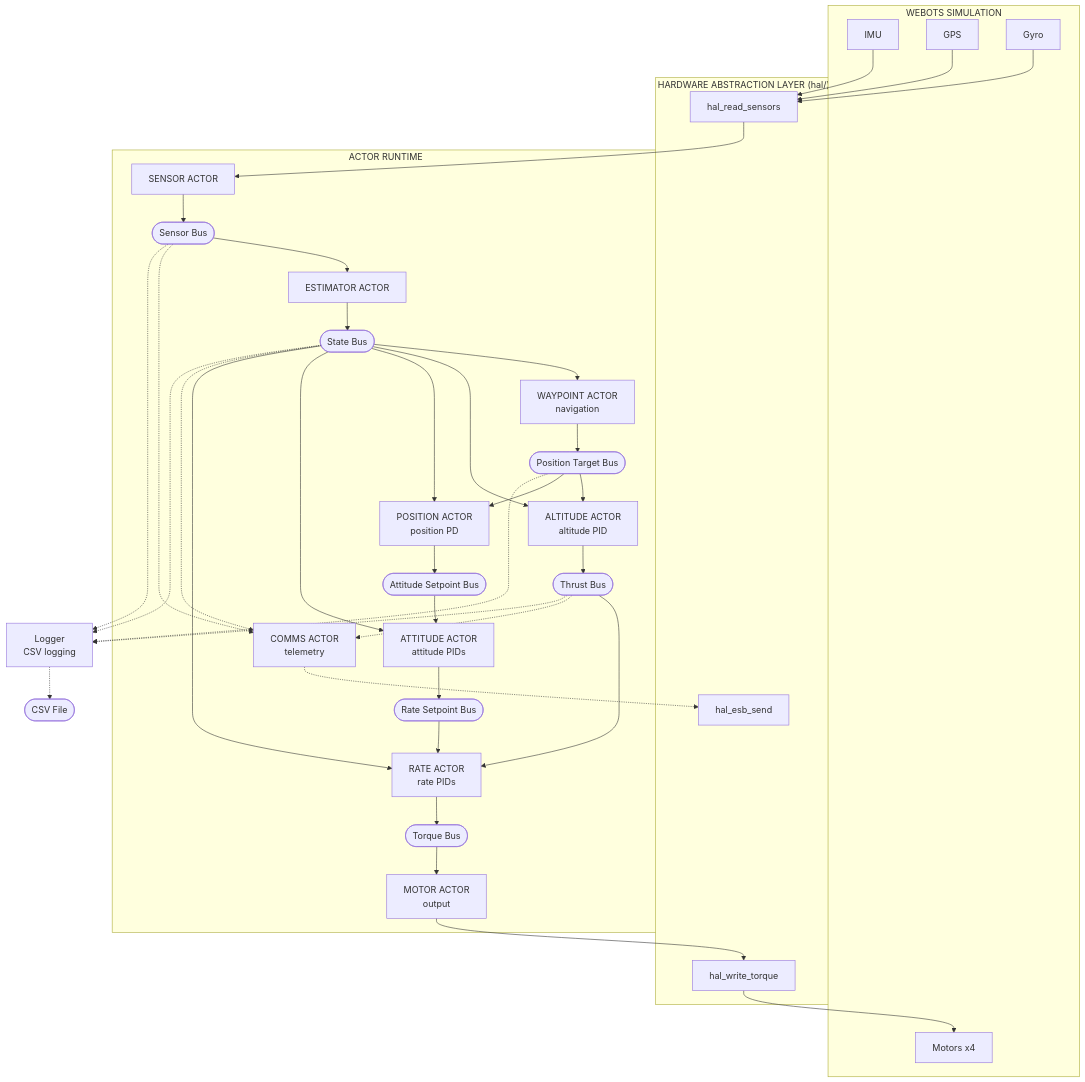
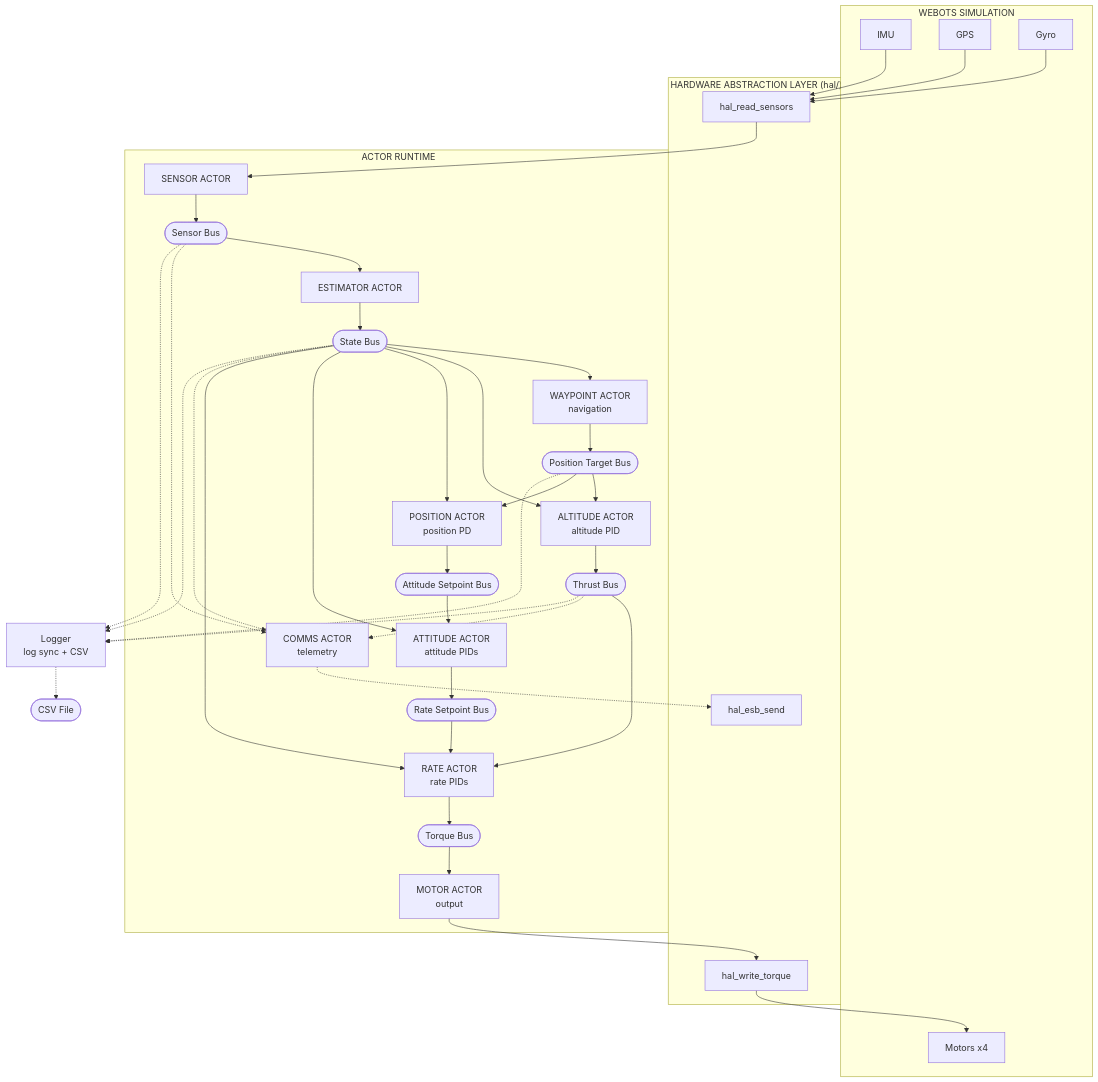
Before and after one commit to joagre/hive: the diagram in examples/pilot/docs/spec/design.md, drawn with Mermaid. The commit also changed other lines of this file and 4 other files, not shown here.

````diff
--- a/examples/pilot/docs/spec/design.md
+++ b/examples/pilot/docs/spec/design.md
@@ -235,63 +235,63 @@
 ```mermaid
 graph TB
     subgraph WEBOTS["WEBOTS SIMULATION"]
         IMU[IMU]
         GPS[GPS]
         Gyro[Gyro]
         Motors[Motors x4]
     end
 
     subgraph HAL["HARDWARE ABSTRACTION LAYER (hal/)"]
         ReadSensors[hal_read_sensors]
         WriteTorque[hal_write_torque]
         RadioTx[hal_esb_send]
     end
 
     subgraph RUNTIME["ACTOR RUNTIME"]
         Sensor[SENSOR ACTOR]
         SensorBus([Sensor Bus])
         Estimator[ESTIMATOR ACTOR]
         StateBus([State Bus])
 
         Altitude[ALTITUDE ACTOR<br/>altitude PID]
         Waypoint[WAYPOINT ACTOR<br/>navigation]
         PositionTargetBus([Position Target Bus])
         Position[POSITION ACTOR<br/>position PD]
         ThrustBus([Thrust Bus])
         AttitudeSPBus([Attitude Setpoint Bus])
         Attitude[ATTITUDE ACTOR<br/>attitude PIDs]
         RateSPBus([Rate Setpoint Bus])
         Rate[RATE ACTOR<br/>rate PIDs]
         TorqueBus([Torque Bus])
         Motor[MOTOR ACTOR<br/>output]
         Comms[COMMS ACTOR<br/>telemetry]
     end
 
     IMU --> ReadSensors
     GPS --> ReadSensors
     Gyro --> ReadSensors
     WriteTorque --> Motors
 
     ReadSensors --> Sensor
     Sensor --> SensorBus --> Estimator --> StateBus
 
     StateBus --> Waypoint --> PositionTargetBus --> Altitude --> ThrustBus --> Rate
     PositionTargetBus --> Position
     StateBus --> Altitude
     StateBus --> Position --> AttitudeSPBus --> Attitude
     StateBus --> Attitude --> RateSPBus --> Rate --> TorqueBus --> Motor
     StateBus --> Rate
 
     Motor --> WriteTorque
 
     SensorBus -.-> Comms
     StateBus -.-> Comms
     ThrustBus -.-> Comms
     Comms -.-> RadioTx
 
-    SensorBus -.-> Logger[Logger<br/>CSV logging]
+    SensorBus -.-> Logger[Logger<br/>log sync + CSV]
     StateBus -.-> Logger
     ThrustBus -.-> Logger
     PositionTargetBus -.-> Logger
     Logger -.-> CSV([CSV File])
 ```
````
